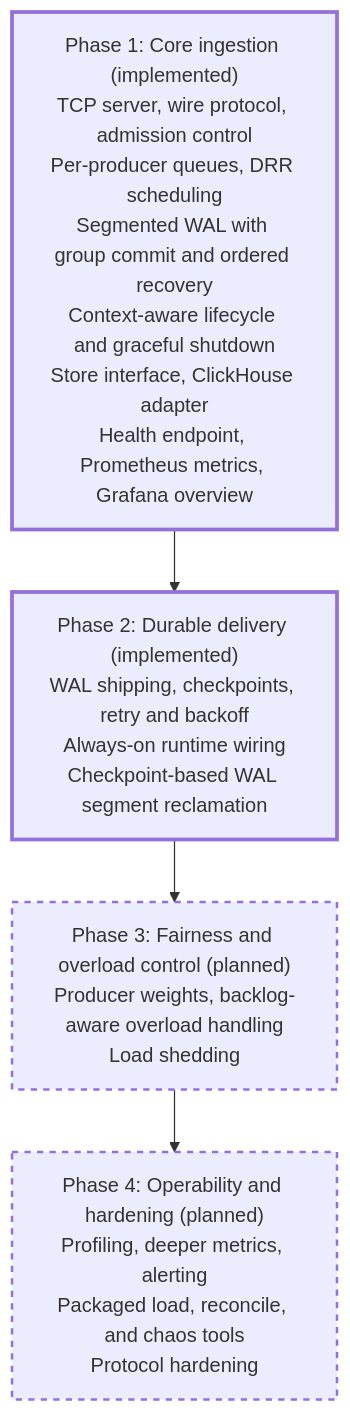
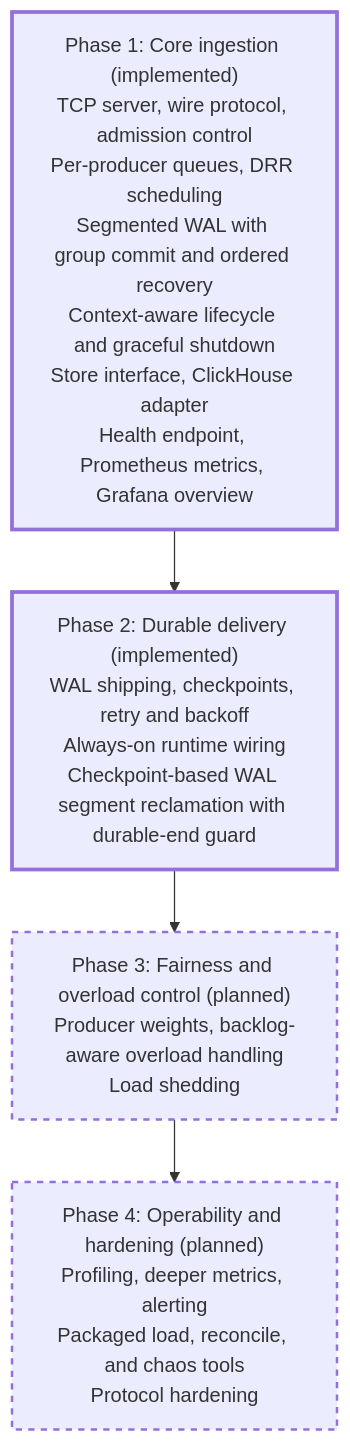
Before and after one commit to PratyushVishal11011/Fairgate: diagram 15 of 15 in README.md, drawn with Mermaid. The commit also changed other lines of this file and 2 other files, not shown here.

Commit message:
Checkpoint segment or active segment reclaimed

````diff
--- a/README.md
+++ b/README.md
@@ -752,14 +764,14 @@
 ```mermaid
 flowchart TD
     P1["Phase 1: Core ingestion (implemented)<br/>TCP server, wire protocol, admission control<br/>Per-producer queues, DRR scheduling<br/>Segmented WAL with group commit and ordered recovery<br/>Context-aware lifecycle and graceful shutdown<br/>Store interface, ClickHouse adapter<br/>Health endpoint, Prometheus metrics, Grafana overview"]
-    P2["Phase 2: Durable delivery (implemented)<br/>WAL shipping, checkpoints, retry and backoff<br/>Always-on runtime wiring<br/>Checkpoint-based WAL segment reclamation"]
+    P2["Phase 2: Durable delivery (implemented)<br/>WAL shipping, checkpoints, retry and backoff<br/>Always-on runtime wiring<br/>Checkpoint-based WAL segment reclamation with durable-end guard"]
     P3["Phase 3: Fairness and overload control (planned)<br/>Producer weights, backlog-aware overload handling<br/>Load shedding"]
     P4["Phase 4: Operability and hardening (planned)<br/>Profiling, deeper metrics, alerting<br/>Packaged load, reconcile, and chaos tools<br/>Protocol hardening"]
 
     P1 --> P2 --> P3 --> P4
 
     classDef done stroke-width:3px;
     classDef planned stroke-dasharray: 5 5,stroke-width:2px;
     class P1,P2 done;
     class P3,P4 planned;
 ```
````
